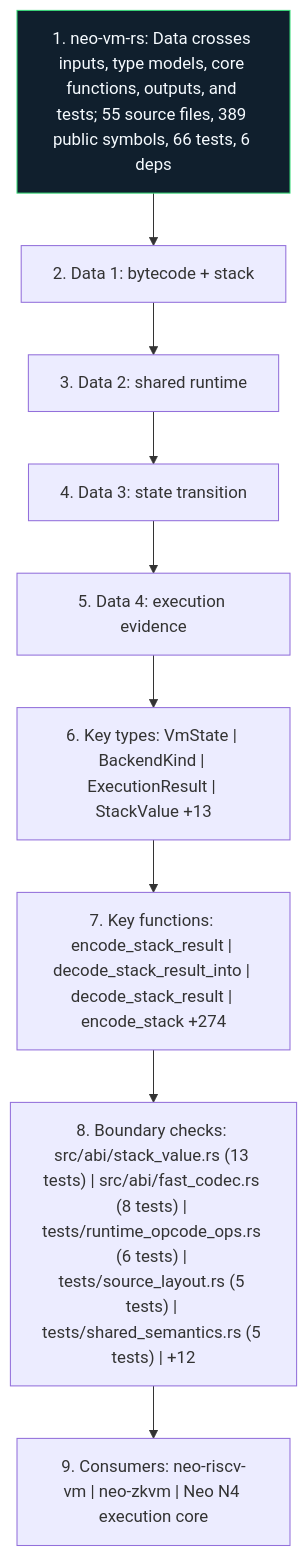
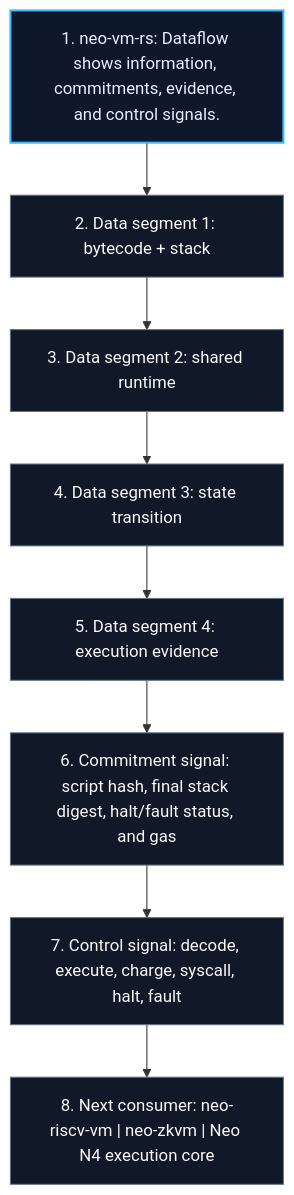
One commit to r3e-network/neo-vm-rs changed the diagram in docs/figures/dataflow.mmd. Above: the diagram before and after it, drawn with Mermaid. The commit also changed 63 other files, not shown here.

Commit message:
Replace crate diagrams with technical views

```diff
--- a/docs/figures/dataflow.mmd
+++ b/docs/figures/dataflow.mmd
@@ -1,20 +1,20 @@
 flowchart TB
-    N1["1. neo-vm-rs: Data crosses inputs, type models, core functions, outputs, and tests; 55 source files, 389 public symbols, 66 tests, 6 deps"]
-    N2["2. Data 1: bytecode + stack"]
-    N3["3. Data 2: shared runtime"]
-    N4["4. Data 3: state transition"]
-    N5["5. Data 4: execution evidence"]
-    N6["6. Key types: VmState | BackendKind | ExecutionResult | StackValue +13"]
-    N7["7. Key functions: encode_stack_result | decode_stack_result_into | decode_stack_result | encode_stack +274"]
-    N8["8. Boundary checks: src/abi/stack_value.rs (13 tests) | src/abi/fast_codec.rs (8 tests) | tests/runtime_opcode_ops.rs (6 tests) | tests/source_layout.rs (5 tests) | tests/shared_semantics.rs (5 tests) | +12"]
-    N9["9. Consumers: neo-riscv-vm | neo-zkvm | Neo N4 execution core"]
+    N1["1. neo-vm-rs: Dataflow shows information, commitments, evidence, and control signals."]
+    N2["2. Data segment 1: bytecode + stack"]
+    N3["3. Data segment 2: shared runtime"]
+    N4["4. Data segment 3: state transition"]
+    N5["5. Data segment 4: execution evidence"]
+    N6["6. Commitment signal: script hash, final stack digest, halt/fault status, and gas"]
+    N7["7. Control signal: decode, execute, charge, syscall, halt, fault"]
+    N8["8. Next consumer: neo-riscv-vm | neo-zkvm | Neo N4 execution core"]
     N1 --> N2
     N2 --> N3
     N3 --> N4
     N4 --> N5
     N5 --> N6
     N6 --> N7
     N7 --> N8
-    N8 --> N9
-    classDef crate fill:#101f2d,stroke:#38d978,color:#f6fbff
-    class N1 crate
+    classDef core fill:#0f172a,stroke:#38bdf8,color:#e5f2ff,stroke-width:2px;
+    classDef support fill:#111827,stroke:#64748b,color:#f8fafc;
+    class N1 core;
+    class N2,N3,N4,N5,N6,N7,N8 support;
```
